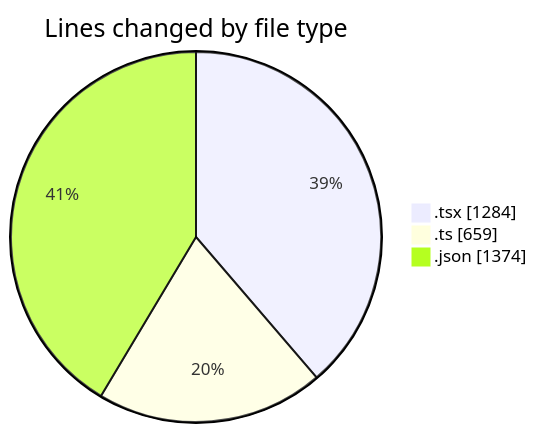
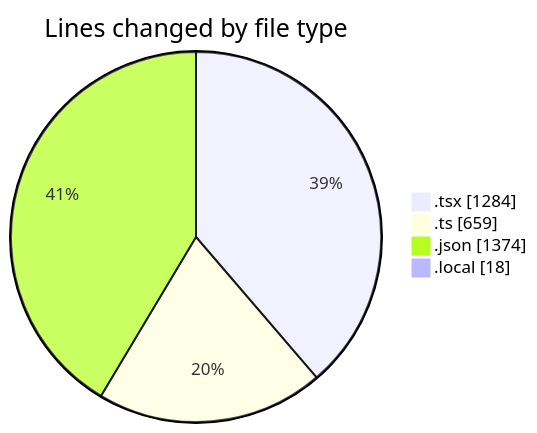
The first of 2 diagrams in 2025-10-16/eventscop-frontend-guide__workspace_/README.md (julien-gomy/code-tracking), drawn with Mermaid before and after one commit. The commit also changed other lines of this file and 1 other file, not shown here.

````diff
--- a/2025-10-16/eventscop-frontend-guide__workspace_/README.md
+++ b/2025-10-16/eventscop-frontend-guide__workspace_/README.md
@@ -37,7 +38,8 @@
 ```mermaid
 pie showData
 title Lines changed by file type
 ".tsx" : 1284
 ".ts" : 659
 ".json" : 1374
+".local" : 18
 ```
````
